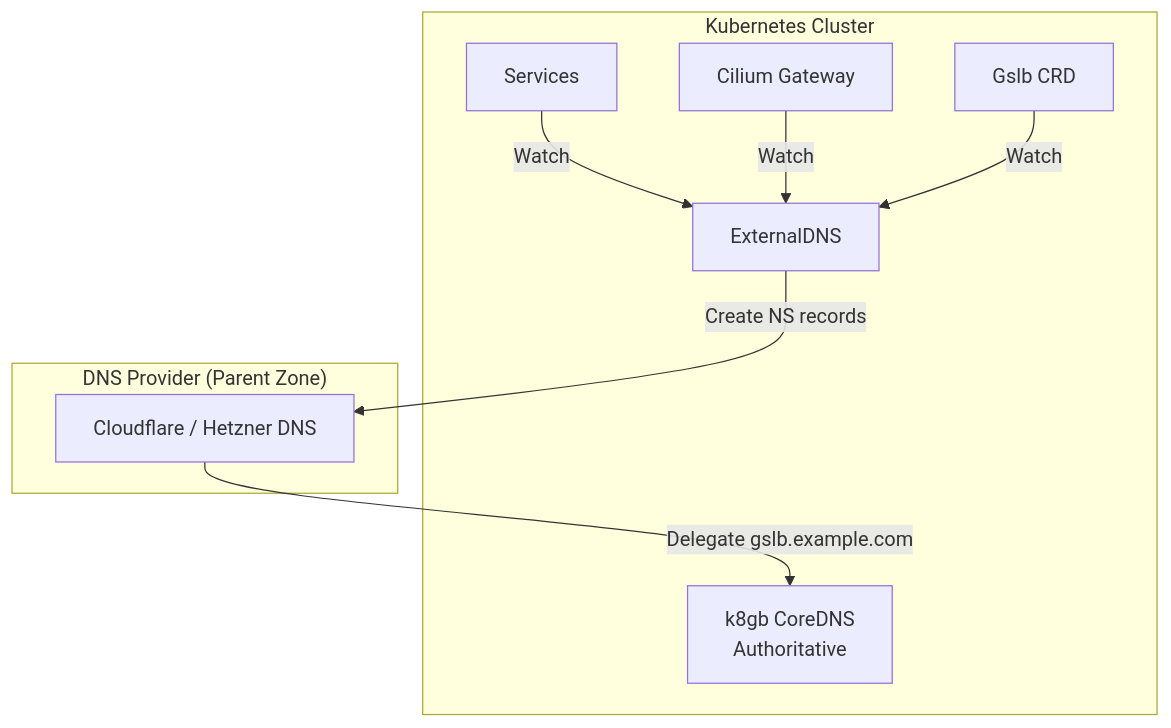
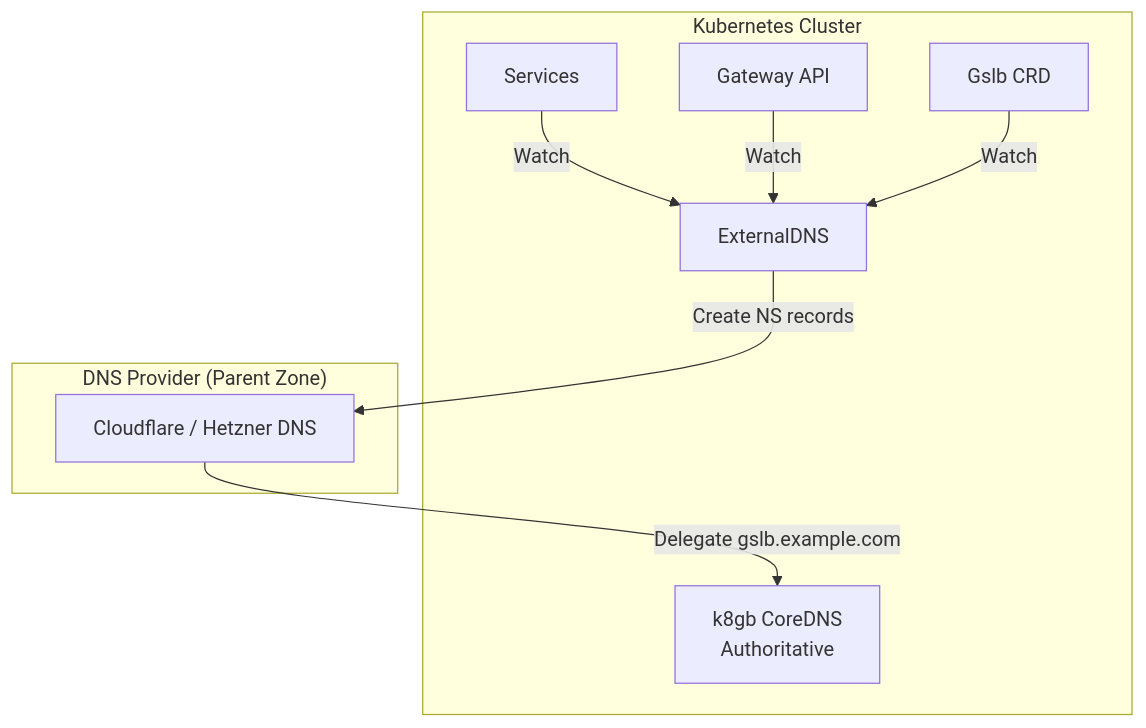
The first of 2 diagrams in docs/ADR-EXTERNAL-DNS.md (openova-io/external-dns), drawn with Mermaid before and after one commit.

Commit message:
docs: fix Gateway API terminology
Changed 'Cilium Gateway' to 'Gateway API' in architecture diagram.
Gateway API is the Kubernetes standard; Cilium is the implementation.

````diff
--- a/docs/ADR-EXTERNAL-DNS.md
+++ b/docs/ADR-EXTERNAL-DNS.md
@@ -22,20 +22,20 @@
 ```mermaid
 flowchart TB
     subgraph K8s["Kubernetes Cluster"]
         SVC[Services]
-        GW[Cilium Gateway]
+        GW[Gateway API]
         GSLB[Gslb CRD]
         EDNS[ExternalDNS]
         K8GB[k8gb CoreDNS<br/>Authoritative]
     end
 
     subgraph Providers["DNS Provider (Parent Zone)"]
         CF[Cloudflare / Hetzner DNS]
     end
 
     SVC -->|"Watch"| EDNS
     GW -->|"Watch"| EDNS
     GSLB -->|"Watch"| EDNS
     EDNS -->|"Create NS records"| CF
     CF -->|"Delegate gslb.example.com"| K8GB
 ```
````
